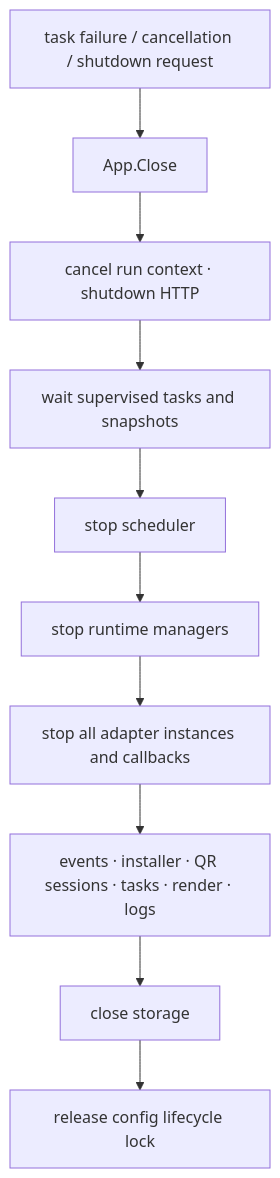
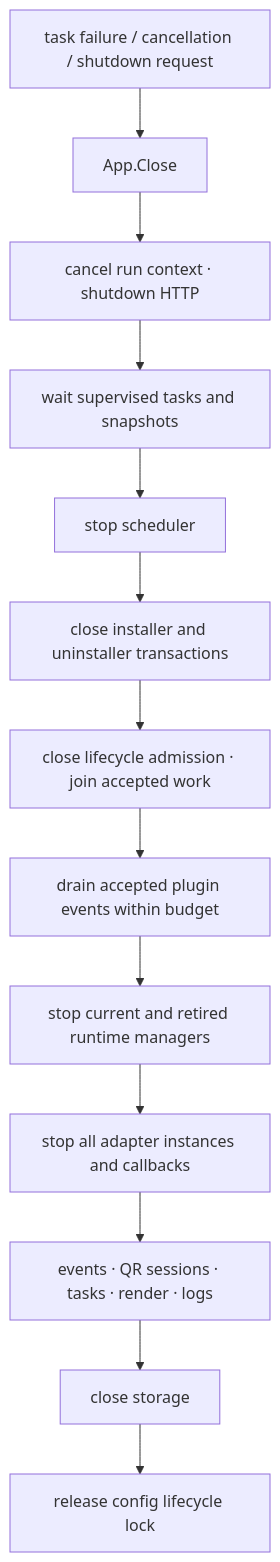
One commit to RayleaBot/RayleaBot changed the second of 2 diagrams in docs/architecture/server-lifecycle.md. Above: the diagram before and after it, drawn with Mermaid. The commit also changed other lines of this file and 66 other files, not shown here.

First line of the commit message:
fix(plugins): serialize lifecycle operations and retain runtime ownership

````diff
--- a/docs/architecture/server-lifecycle.md
+++ b/docs/architecture/server-lifecycle.md
@@ -38,12 +41,15 @@
 ```mermaid
 flowchart TD
   signal["task failure / cancellation / shutdown request"] --> close["App.Close"]
   close --> http["cancel run context · shutdown HTTP"]
   http --> workers["wait supervised tasks and snapshots"]
   workers --> scheduler["stop scheduler"]
-  scheduler --> plugins["stop runtime managers"]
+  scheduler --> mutations["close installer and uninstaller transactions"]
+  mutations --> lifecycle["close lifecycle admission · join accepted work"]
+  lifecycle --> drain["drain accepted plugin events within budget"]
+  drain --> plugins["stop current and retired runtime managers"]
   plugins --> adapter["stop all adapter instances and callbacks"]
-  adapter --> services["events · installer · QR sessions · tasks · render · logs"]
+  adapter --> services["events · QR sessions · tasks · render · logs"]
   services --> storage["close storage"]
   storage --> lock["release config lifecycle lock"]
 ```
````
